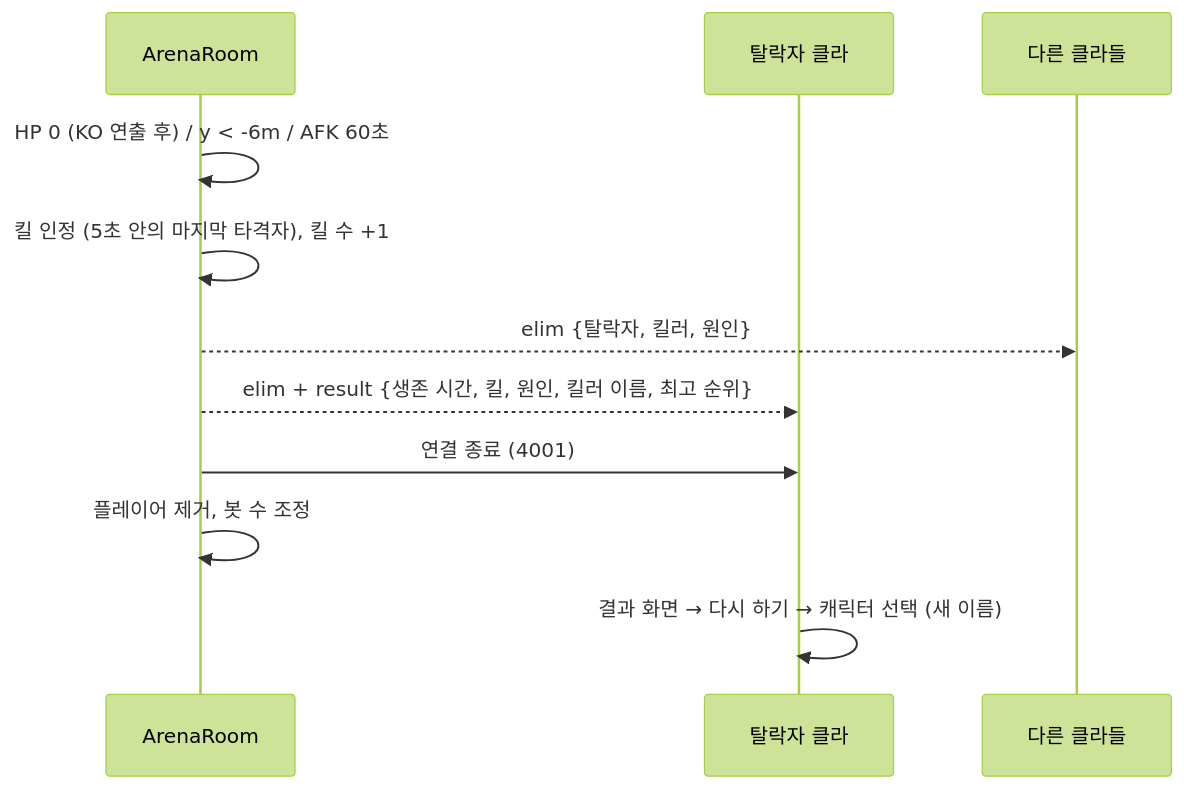
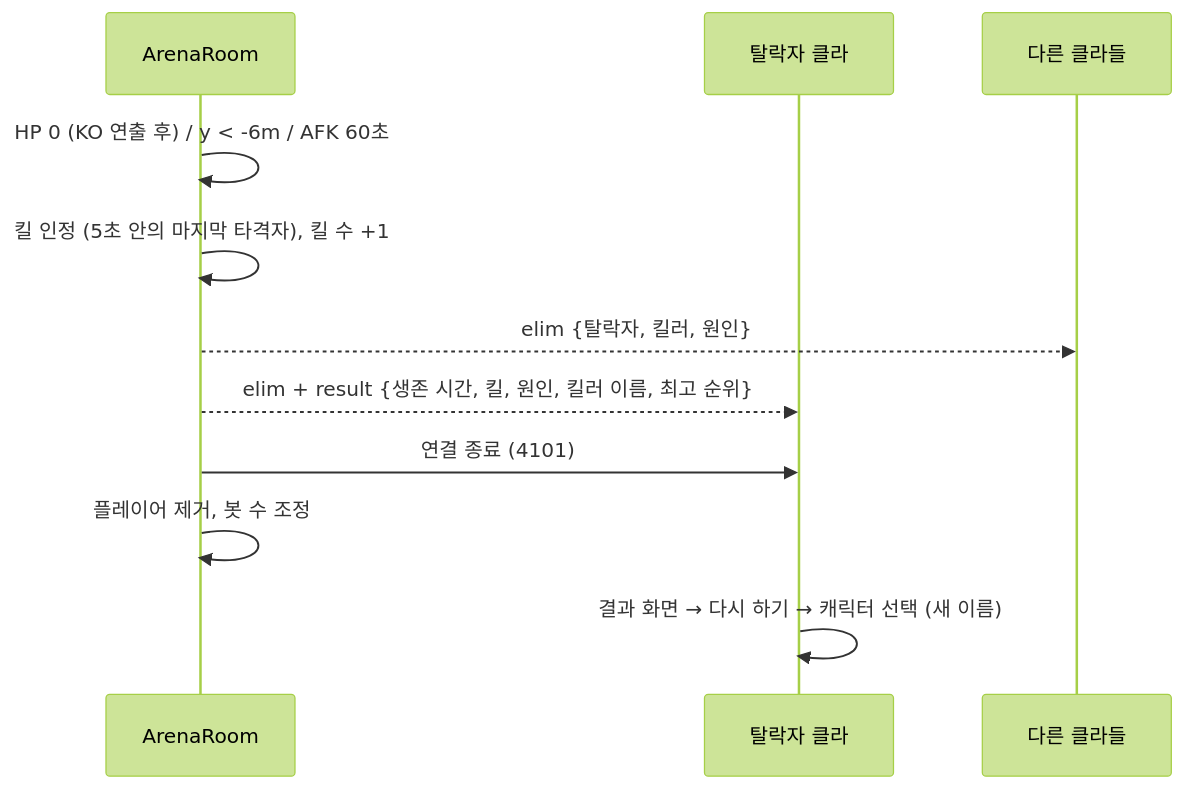
The sixth of 8 diagrams in docs/design.md (eoqna/rct-fight-club), drawn with Mermaid (forest theme) before and after one commit. The commit also changed other lines of this file and 24 other files, not shown here.

````diff
--- a/docs/design.md
+++ b/docs/design.md
@@ -447,13 +448,13 @@
 ```mermaid
 sequenceDiagram
   participant R as ArenaRoom
   participant V as 탈락자 클라
   participant O as 다른 클라들
   R->>R: HP 0 (KO 연출 후) / y < -6m / AFK 60초
   R->>R: 킬 인정 (5초 안의 마지막 타격자), 킬 수 +1
   R-->>O: elim {탈락자, 킬러, 원인}
   R-->>V: elim + result {생존 시간, 킬, 원인, 킬러 이름, 최고 순위}
-  R->>V: 연결 종료 (4001)
+  R->>V: 연결 종료 (4101)
   R->>R: 플레이어 제거, 봇 수 조정
   V->>V: 결과 화면 → 다시 하기 → 캐릭터 선택 (새 이름)
 ```
````
